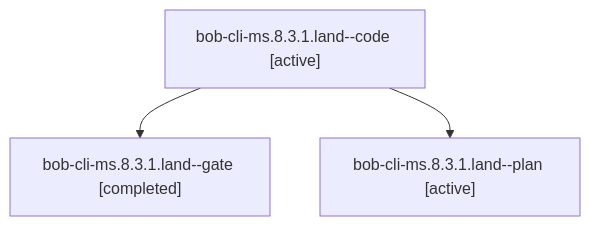
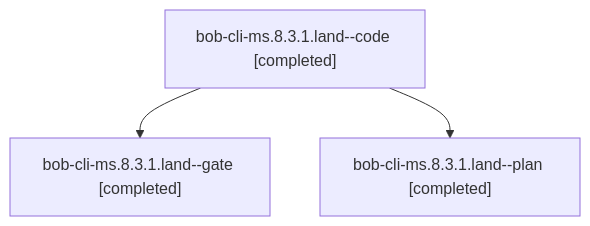
One commit to bobs-org/bob-cli--agents changed the diagram in sessions/bbugyi200.apollo.bob-cli-ms.8.3.1.land.md. Above: the diagram before and after it, drawn with Mermaid. The commit also changed other lines of this file and 129 other files, not shown here.

````diff
--- a/sessions/bbugyi200.apollo.bob-cli-ms.8.3.1.land.md
+++ b/sessions/bbugyi200.apollo.bob-cli-ms.8.3.1.land.md
@@ -9,8 +9,8 @@
 ```mermaid
 flowchart TD
-  n0["bob-cli-ms.8.3.1.land--code [active]"]
+  n0["bob-cli-ms.8.3.1.land--code [completed]"]
   n1["bob-cli-ms.8.3.1.land--gate [completed]"]
   n0 --> n1
-  n2["bob-cli-ms.8.3.1.land--plan [active]"]
+  n2["bob-cli-ms.8.3.1.land--plan [completed]"]
   n0 --> n2
 ```
````
